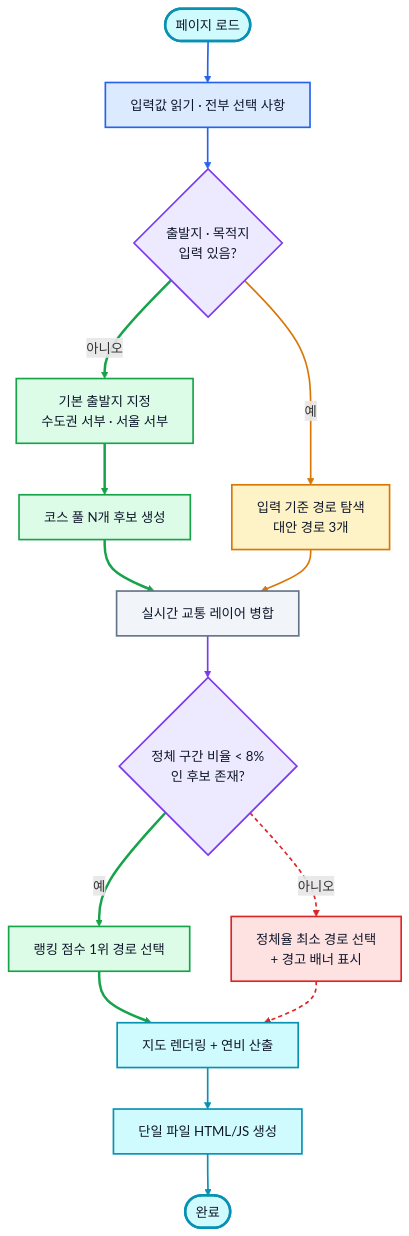
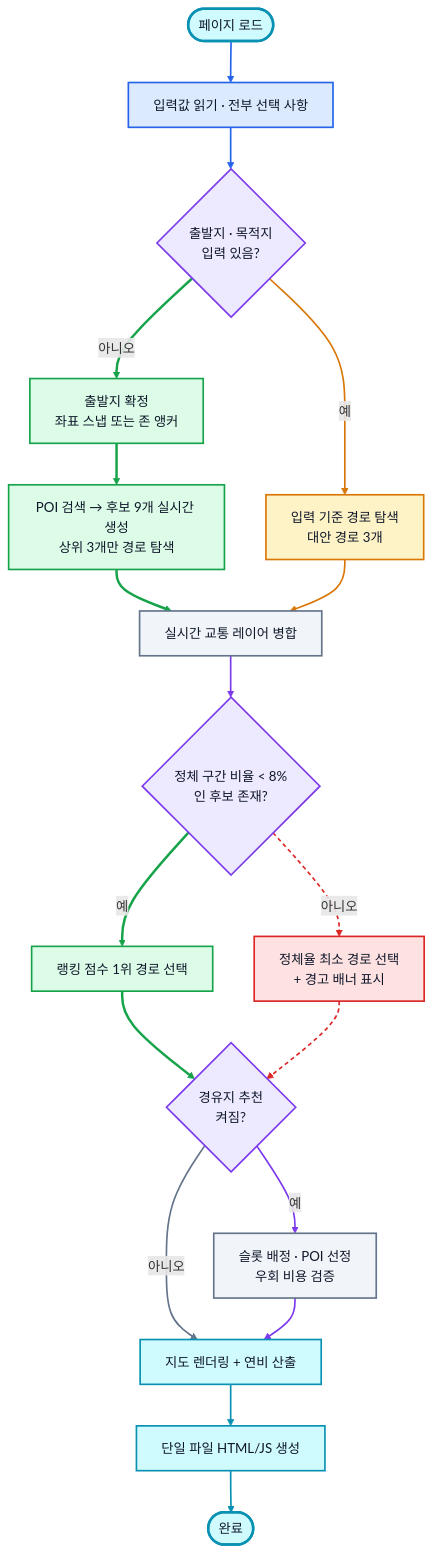
One commit to rome777/aiffel_test changed the sixth of 11 diagrams in README.md. Above: the diagram before and after it, drawn with Mermaid. The commit also changed other lines of this file, not shown here.

First line of the commit message:
런타임 코스 생성으로 전환, 선택형 식당·카페 경유지 추가

````diff
--- a/README.md
+++ b/README.md
@@ -269,43 +393,48 @@
 ```mermaid
 flowchart TD
     S([페이지 로드]) --> I[입력값 읽기 · 전부 선택 사항]
     I --> M{출발지 · 목적지<br/>입력 있음?}
-    M -- 아니오 --> C1[기본 출발지 지정<br/>수도권 서부 · 서울 서부]
-    C1 --> C2[코스 풀 N개 후보 생성]
+    M -- 아니오 --> C1[출발지 확정<br/>좌표 스냅 또는 존 앵커]
+    C1 --> C2[POI 검색 → 후보 9개 실시간 생성<br/>상위 3개만 경로 탐색]
     M -- 예 --> R[입력 기준 경로 탐색<br/>대안 경로 3개]
     C2 --> T[실시간 교통 레이어 병합]
     R --> T
     T --> F{정체 구간 비율 < 8%<br/>인 후보 존재?}
     F -- 예 --> P[랭킹 점수 1위 경로 선택]
     F -- 아니오 --> P2[정체율 최소 경로 선택<br/>+ 경고 배너 표시]
-    P --> G
-    P2 --> G[지도 렌더링 + 연비 산출]
+    P --> W
+    P2 --> W{경유지 추천<br/>켜짐?}
+    W -- 아니오 --> G
+    W -- 예 --> W2[슬롯 배정 · POI 선정<br/>우회 비용 검증]
+    W2 --> G[지도 렌더링 + 연비 산출]
     G --> H[단일 파일 HTML/JS 생성]
     H --> X([완료])
 
     classDef term   fill:#cffafe,stroke:#0891b2,stroke-width:3px,color:#0f172a
     classDef entry  fill:#dbeafe,stroke:#2563eb,stroke-width:2px,color:#0f172a
     classDef decide fill:#ede9fe,stroke:#7c3aed,stroke-width:2px,color:#0f172a
     classDef rec    fill:#dcfce7,stroke:#16a34a,stroke-width:2px,color:#0f172a
     classDef manual fill:#fef3c7,stroke:#d97706,stroke-width:2px,color:#0f172a
     classDef warn   fill:#fee2e2,stroke:#dc2626,stroke-width:2px,color:#0f172a
     classDef proc   fill:#f1f5f9,stroke:#64748b,stroke-width:2px,color:#0f172a
     classDef out    fill:#cffafe,stroke:#0891b2,stroke-width:2px,color:#0f172a
 
     class S,X term
     class I entry
-    class M,F decide
+    class M,F,W decide
     class C1,C2,P rec
     class R manual
     class P2 warn
-    class T proc
+    class T,W2 proc
     class G,H out
 
     linkStyle 0,1 stroke:#2563eb,stroke-width:2px
     linkStyle 2,3,5 stroke:#16a34a,stroke-width:3px
     linkStyle 4,6 stroke:#d97706,stroke-width:2px
     linkStyle 7 stroke:#7c3aed,stroke-width:2px
     linkStyle 8,10 stroke:#16a34a,stroke-width:3px
     linkStyle 9,11 stroke:#dc2626,stroke-width:2px,stroke-dasharray:5 4
-    linkStyle 12,13 stroke:#0891b2,stroke-width:2px
+    linkStyle 12 stroke:#64748b,stroke-width:2px
+    linkStyle 13,14 stroke:#7c3aed,stroke-width:2px
+    linkStyle 15,16 stroke:#0891b2,stroke-width:2px
 ```
````
